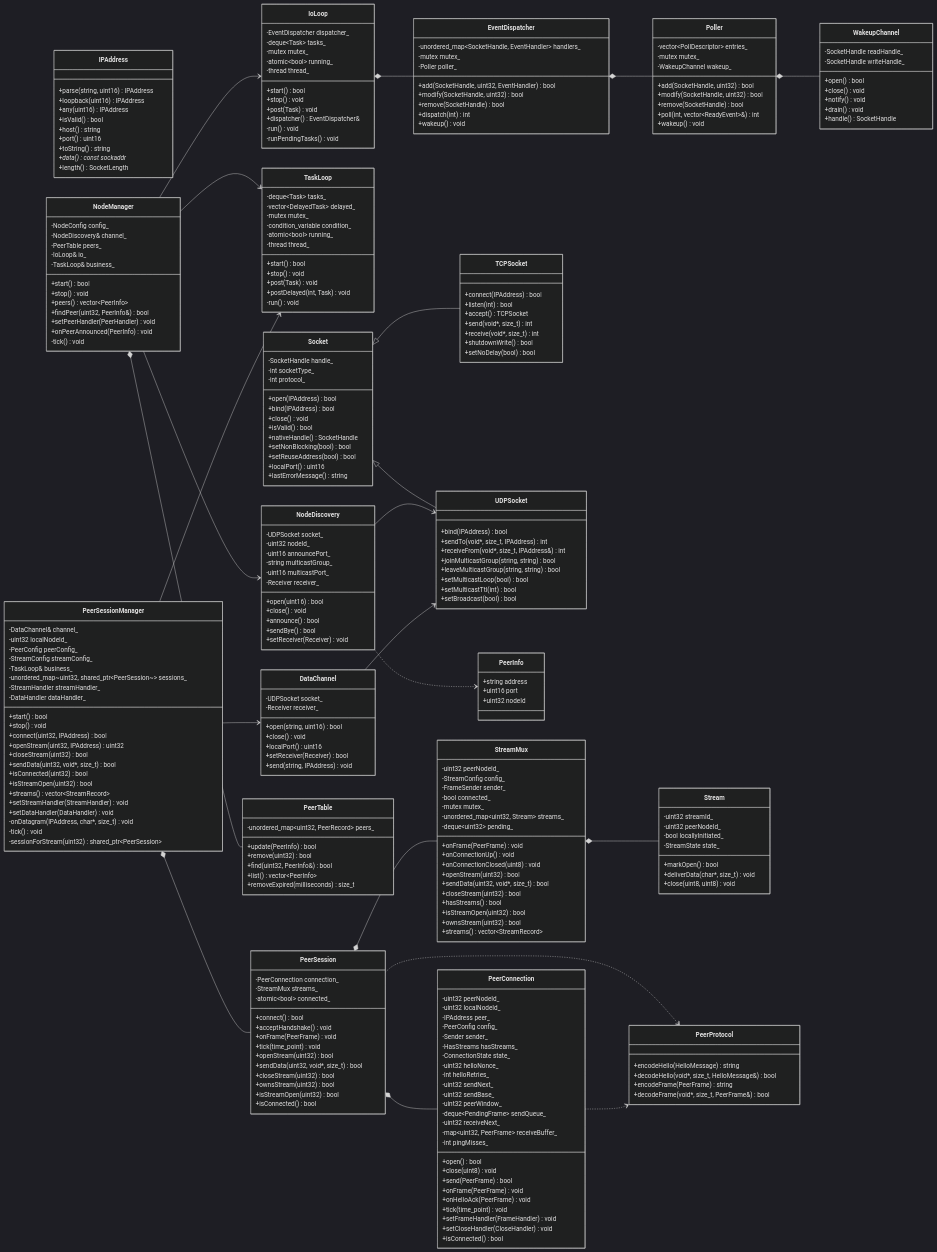
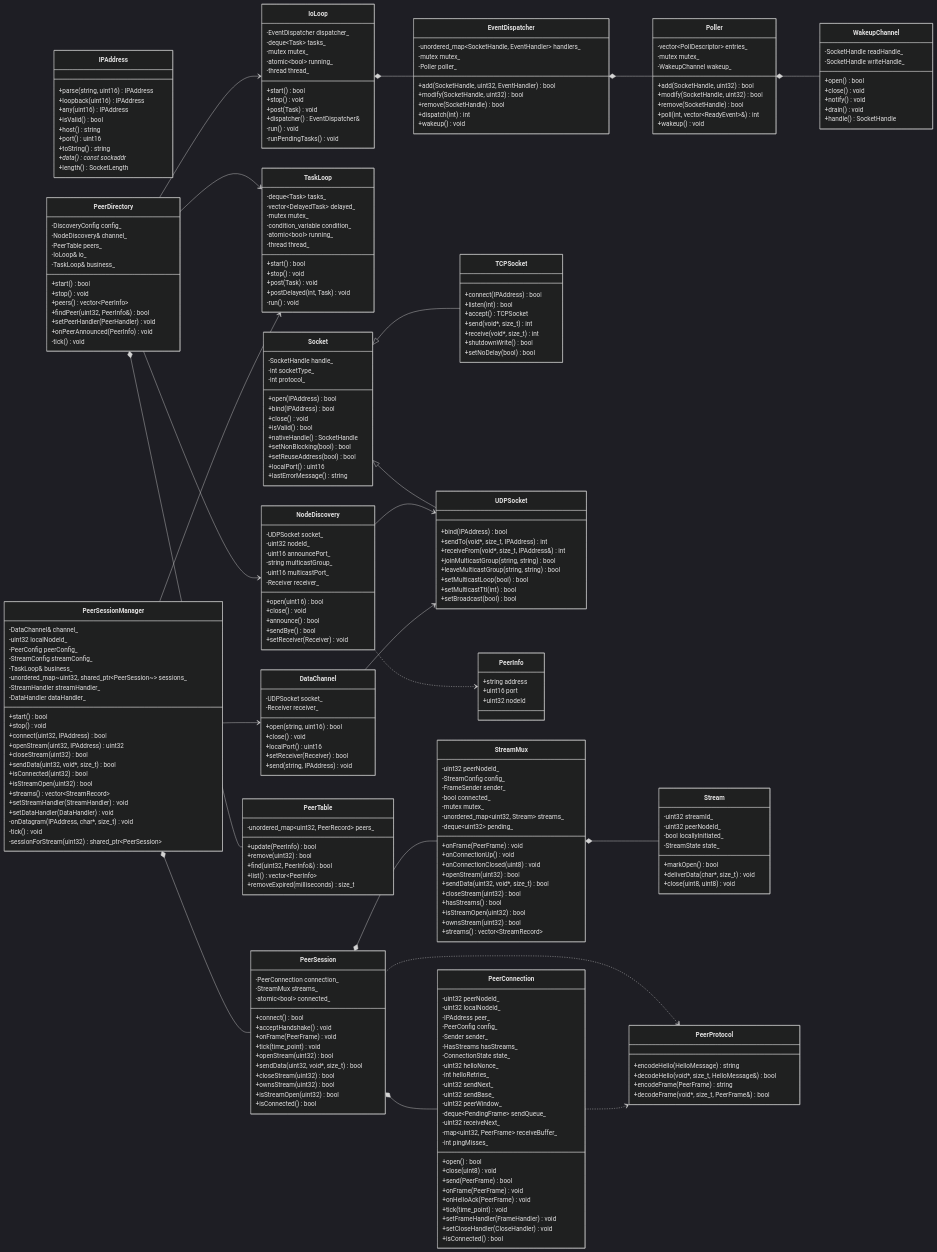
One commit to GoodBye-cn/NetProxy changed the diagram in docs/architecture.md. Above: the diagram before and after it, drawn with Mermaid (dark theme). The commit also changed other lines of this file and 30 other files, not shown here.

```diff
--- a/docs/architecture.md
+++ b/docs/architecture.md
@@ -172,8 +192,8 @@
         +removeExpired(milliseconds) size_t
     }
 
-    class NodeManager {
-        -NodeConfig config_
+    class PeerDirectory {
+        -DiscoveryConfig config_
         -NodeDiscovery& channel_
         -PeerTable peers_
         -IoLoop& io_
@@ -298,10 +318,10 @@
     Poller *-- WakeupChannel
     Socket <|-- TCPSocket
     Socket <|-- UDPSocket
-    NodeManager *-- PeerTable
-    NodeManager --> NodeDiscovery
-    NodeManager --> IoLoop
-    NodeManager --> TaskLoop
+    PeerDirectory *-- PeerTable
+    PeerDirectory --> NodeDiscovery
+    PeerDirectory --> IoLoop
+    PeerDirectory --> TaskLoop
     NodeDiscovery --> UDPSocket
     NodeDiscovery ..> PeerInfo
     DataChannel --> UDPSocket
```
